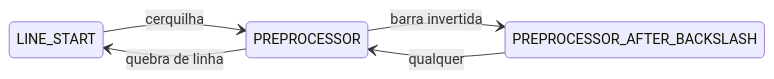
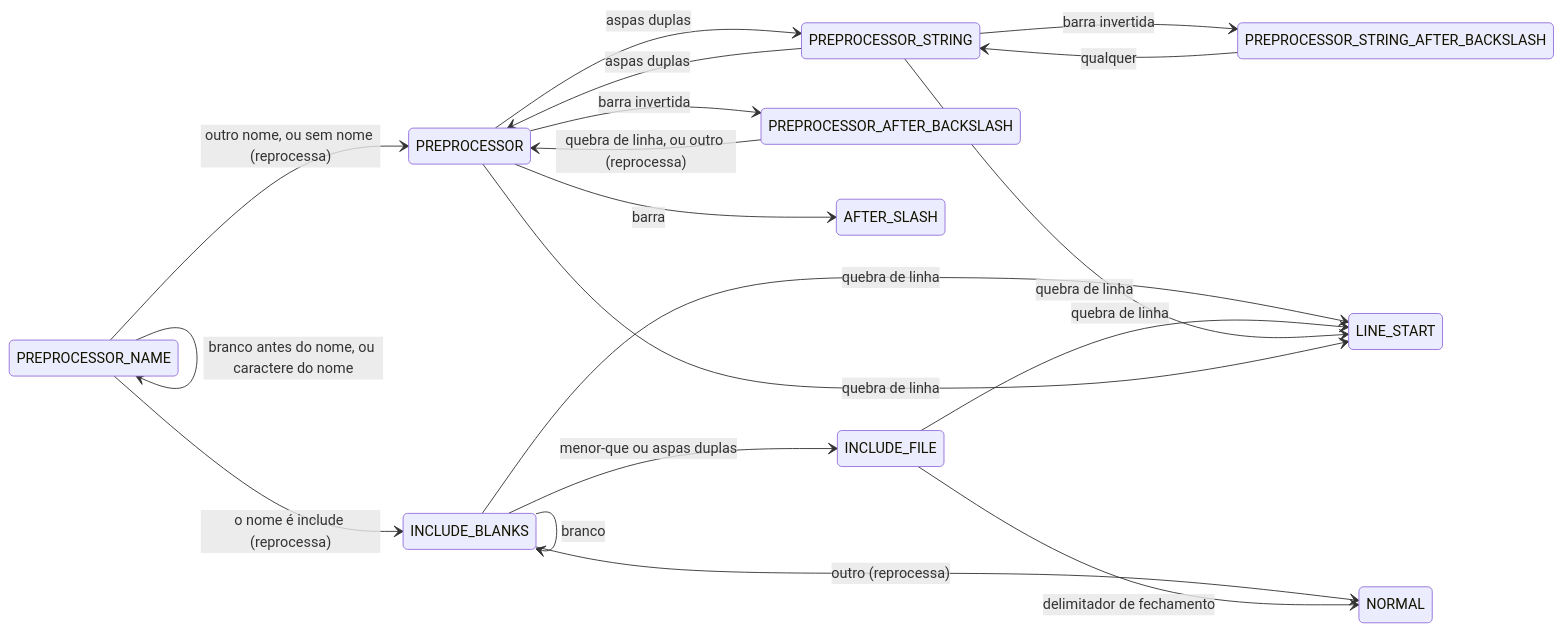
The eighth of 8 diagrams in README.pt-BR.md (castlelli/mac0122), drawn with Mermaid before and after one commit. The commit also changed other lines of this file and 2 other files, not shown here.

````diff
--- a/README.pt-BR.md
+++ b/README.pt-BR.md
@@ -277,8 +334,22 @@
 ```mermaid
 stateDiagram-v2
     direction LR
-    LINE_START --> PREPROCESSOR : cerquilha
+    PREPROCESSOR_NAME --> PREPROCESSOR_NAME : branco antes do nome, ou caractere do nome
+    PREPROCESSOR_NAME --> INCLUDE_BLANKS : o nome é include (reprocessa)
+    PREPROCESSOR_NAME --> PREPROCESSOR : outro nome, ou sem nome (reprocessa)
+    INCLUDE_BLANKS --> INCLUDE_BLANKS : branco
+    INCLUDE_BLANKS --> INCLUDE_FILE : menor-que ou aspas duplas
+    INCLUDE_BLANKS --> LINE_START : quebra de linha
+    INCLUDE_BLANKS --> NORMAL : outro (reprocessa)
+    INCLUDE_FILE --> NORMAL : delimitador de fechamento
+    INCLUDE_FILE --> LINE_START : quebra de linha
     PREPROCESSOR --> PREPROCESSOR_AFTER_BACKSLASH : barra invertida
-    PREPROCESSOR_AFTER_BACKSLASH --> PREPROCESSOR : qualquer
+    PREPROCESSOR_AFTER_BACKSLASH --> PREPROCESSOR : quebra de linha, ou outro (reprocessa)
+    PREPROCESSOR --> AFTER_SLASH : barra
+    PREPROCESSOR --> PREPROCESSOR_STRING : aspas duplas
+    PREPROCESSOR_STRING --> PREPROCESSOR_STRING_AFTER_BACKSLASH : barra invertida
+    PREPROCESSOR_STRING_AFTER_BACKSLASH --> PREPROCESSOR_STRING : qualquer
+    PREPROCESSOR_STRING --> PREPROCESSOR : aspas duplas
+    PREPROCESSOR_STRING --> LINE_START : quebra de linha
     PREPROCESSOR --> LINE_START : quebra de linha
 ```
````
